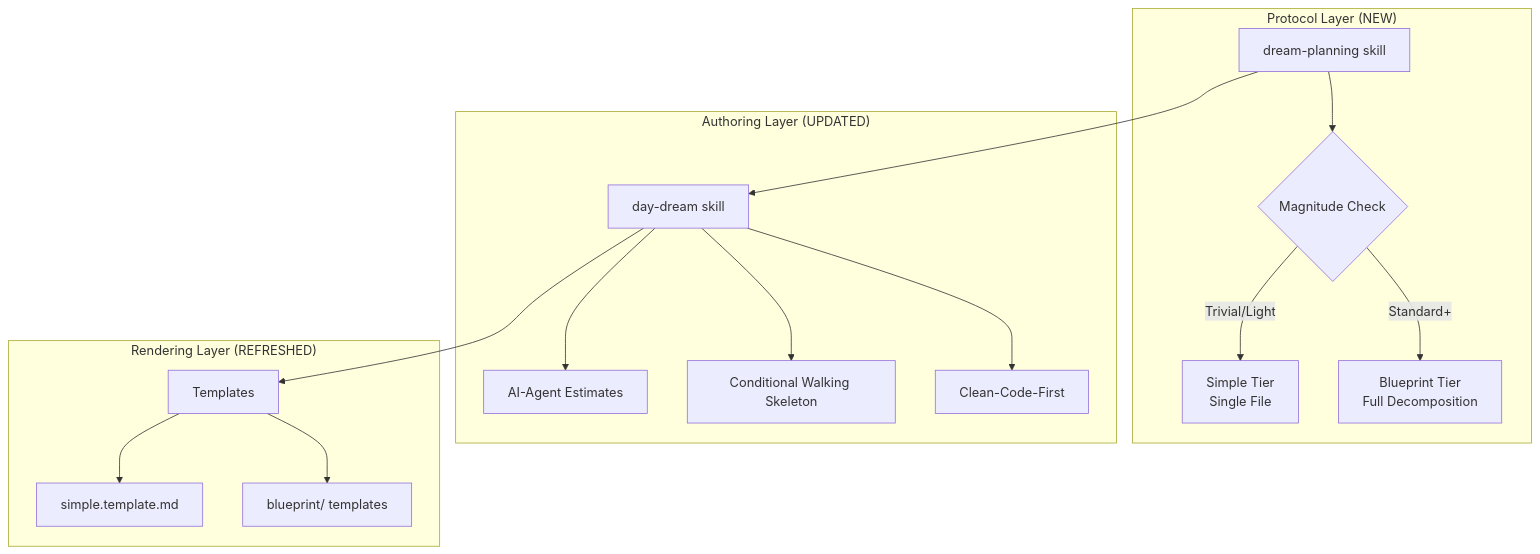
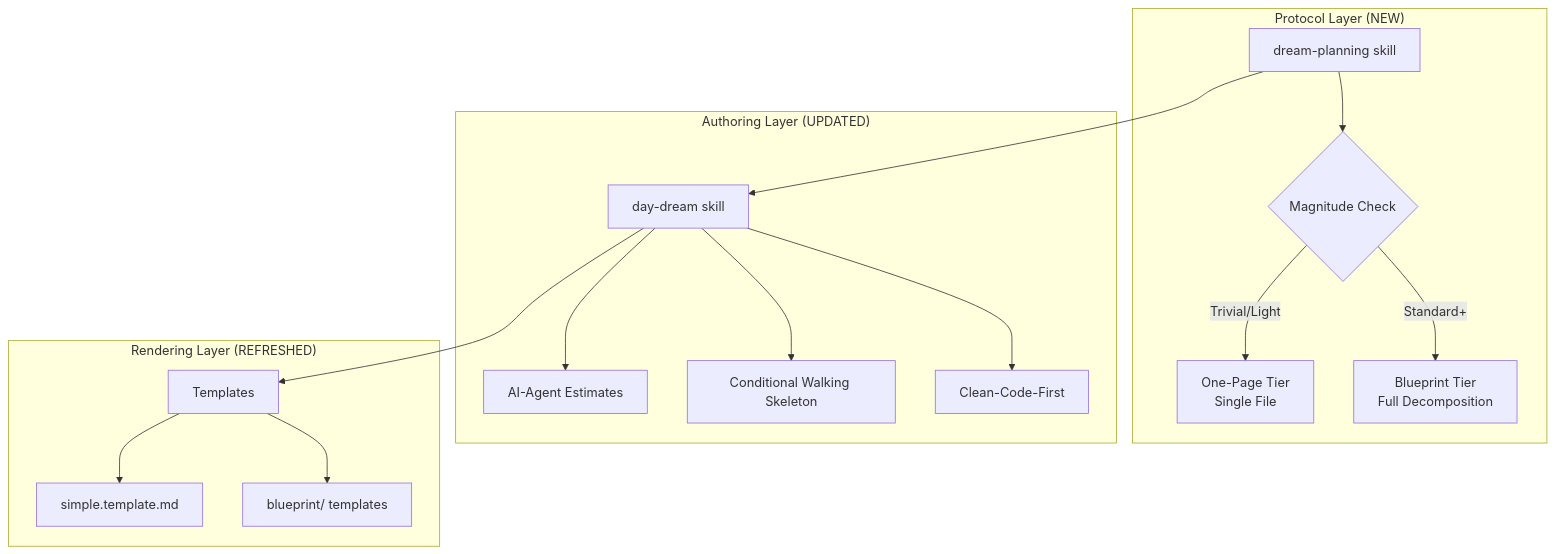
The first of 2 diagrams in .agent_plan/day_dream/blueprint/02_architecture.md (AI-Driven-Highspeed-Development/adhd_framework_v3), drawn with Mermaid before and after one commit. The commit also changed other lines of this file and 12 other files, not shown here.

Commit message:
Refactor DREAM documentation: Rename "Simple Tier" to "One-Page Tier" across multiple files, update related descriptions, and adjust tier selection criteria. Enhance clarity in plan type detection and template catalog. Update skills index and manifest with new timestamps and descriptions.

````diff
--- a/.agent_plan/day_dream/blueprint/02_architecture.md
+++ b/.agent_plan/day_dream/blueprint/02_architecture.md
@@ -64,25 +64,25 @@
 ```mermaid
 flowchart TB
     subgraph "Protocol Layer (NEW)"
         DPS[dream-planning skill]
         DPS --> MAG{Magnitude Check}
-        MAG -->|"Trivial/Light"| SIMPLE[Simple Tier<br/>Single File]
+        MAG -->|"Trivial/Light"| ONEPAGE[One-Page Tier<br/>Single File]
         MAG -->|"Standard+"| BLUEPRINT[Blueprint Tier<br/>Full Decomposition]
     end
 
     subgraph "Authoring Layer (UPDATED)"
         DDS[day-dream skill]
         DDS --> EST[AI-Agent Estimates]
         DDS --> WS[Conditional Walking Skeleton]
         DDS --> CC[Clean-Code-First]
     end
 
     subgraph "Rendering Layer (REFRESHED)"
         TPL[Templates]
         TPL --> ST[simple.template.md]
         TPL --> BT[blueprint/ templates]
     end
 
     DPS --> DDS
     DDS --> TPL
 ```
````
